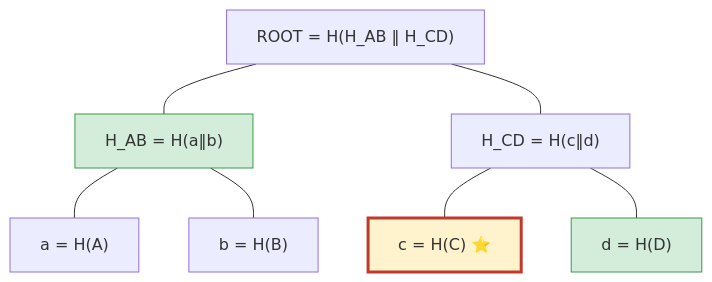
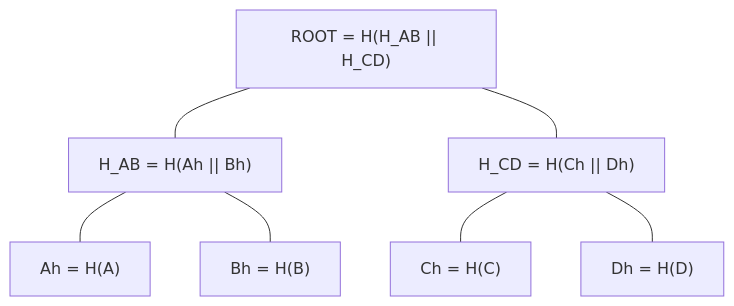
Before and after one commit to openarbx/blockchain_math_vault: the diagram in Concepts/2 - Merkle Trees.md, drawn with Mermaid. The commit also changed other lines of this file, not shown here.

````diff
--- a/Concepts/2 - Merkle Trees.md
+++ b/Concepts/2 - Merkle Trees.md
@@ -33,19 +198,16 @@
 ```mermaid
 flowchart TD
-    ROOT["ROOT = H(H_AB ‖ H_CD)"]
-    HAB["H_AB = H(a‖b)"]
-    HCD["H_CD = H(c‖d)"]
-    a["a = H(A)"]
-    b["b = H(B)"]
-    c["c = H(C) ⭐"]
-    d["d = H(D)"]
+    ROOT["ROOT = H(H_AB || H_CD)"]
+    HAB["H_AB = H(Ah || Bh)"]
+    HCD["H_CD = H(Ch || Dh)"]
+    A["Ah = H(A)"]
+    B["Bh = H(B)"]
+    C["Ch = H(C)"]
+    D["Dh = H(D)"]
     ROOT --- HAB
     ROOT --- HCD
-    HAB --- a
-    HAB --- b
-    HCD --- c
-    HCD --- d
-    style c fill:#fff3cd,stroke:#c0392b,stroke-width:3px
-    style d fill:#d4edda,stroke:#3b9a4a
-    style HAB fill:#d4edda,stroke:#3b9a4a
+    HAB --- A
+    HAB --- B
+    HCD --- C
+    HCD --- D
 ```
````
